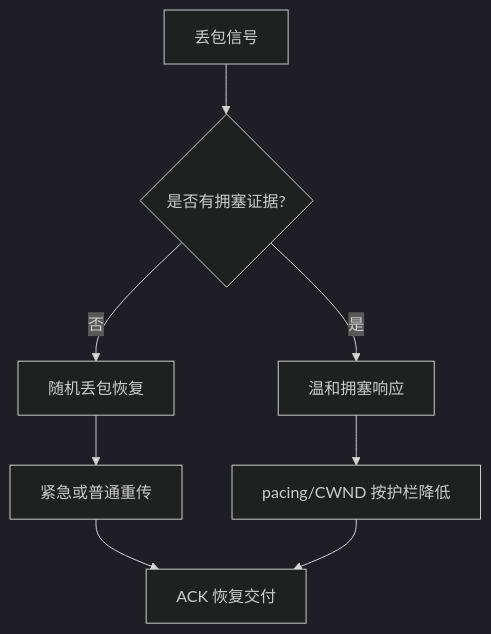
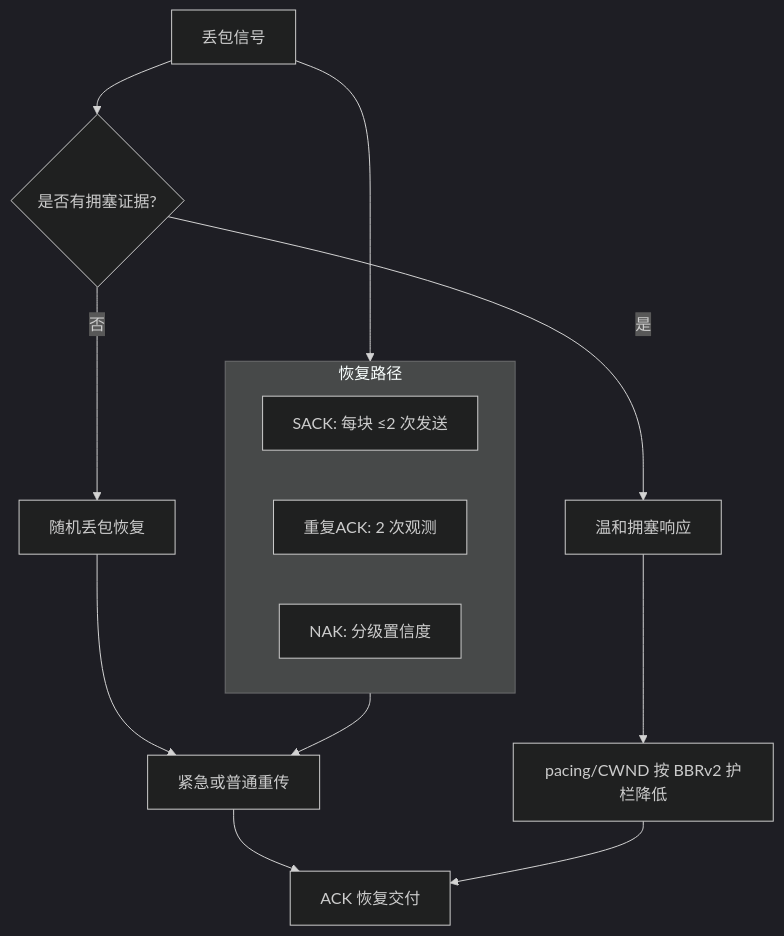
One commit to liulilittle/ucp changed the first of 7 diagrams in docs/protocol_CN.md. Above: the diagram before and after it, drawn with Mermaid (dark theme). The commit also changed other lines of this file and 17 other files, not shown here.

````diff
--- a/docs/protocol_CN.md
+++ b/docs/protocol_CN.md
@@ -9,10 +17,21 @@
 ```mermaid
 flowchart TD
     Loss[丢包信号] --> Classifier{是否有拥塞证据?}
     Classifier -->|否| Random[随机丢包恢复]
     Classifier -->|是| Congestion[温和拥塞响应]
+
     Random --> Repair[紧急或普通重传]
-    Congestion --> Reduce[pacing/CWND 按护栏降低]
+    Congestion --> Reduce[pacing/CWND 按 BBRv2 护栏降低]
+
     Repair --> Ack[ACK 恢复交付]
     Reduce --> Ack
+
+    subgraph Recovery[恢复路径]
+        SACK[SACK: 每块 ≤2 次发送]
+        DupAck[重复ACK: 2 次观测]
+        NAK[NAK: 分级置信度]
+    end
+
+    Loss --> Recovery
+    Recovery --> Repair
 ```
````
